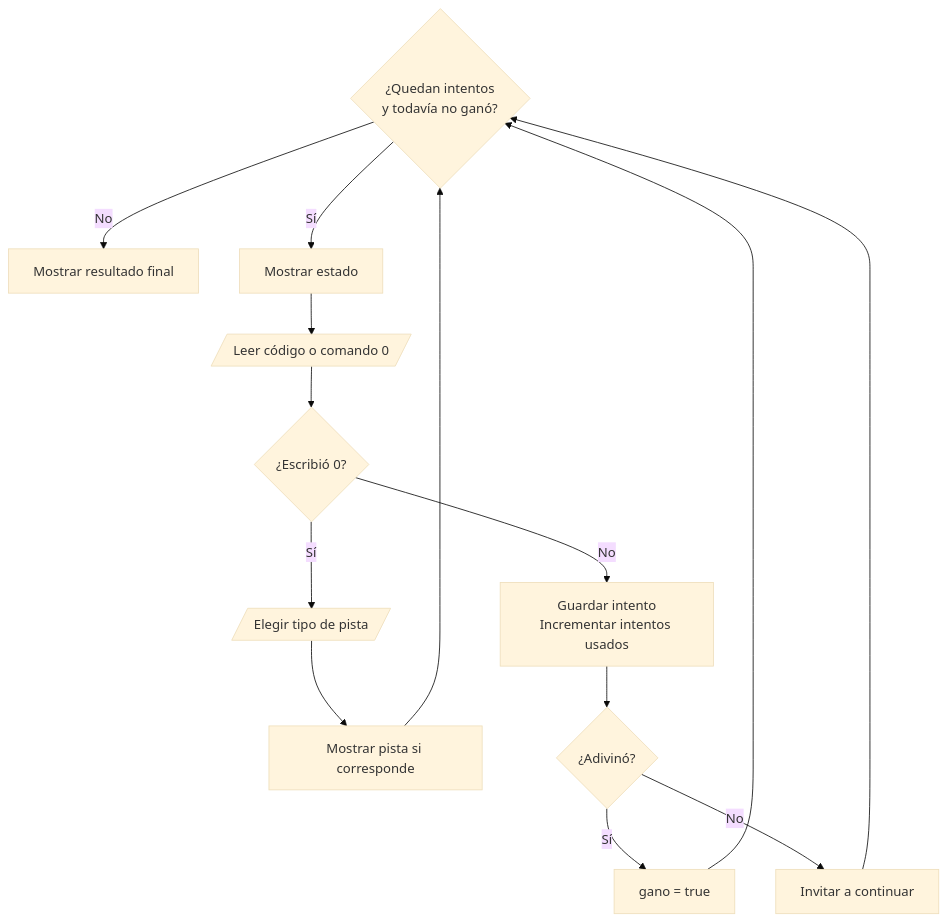
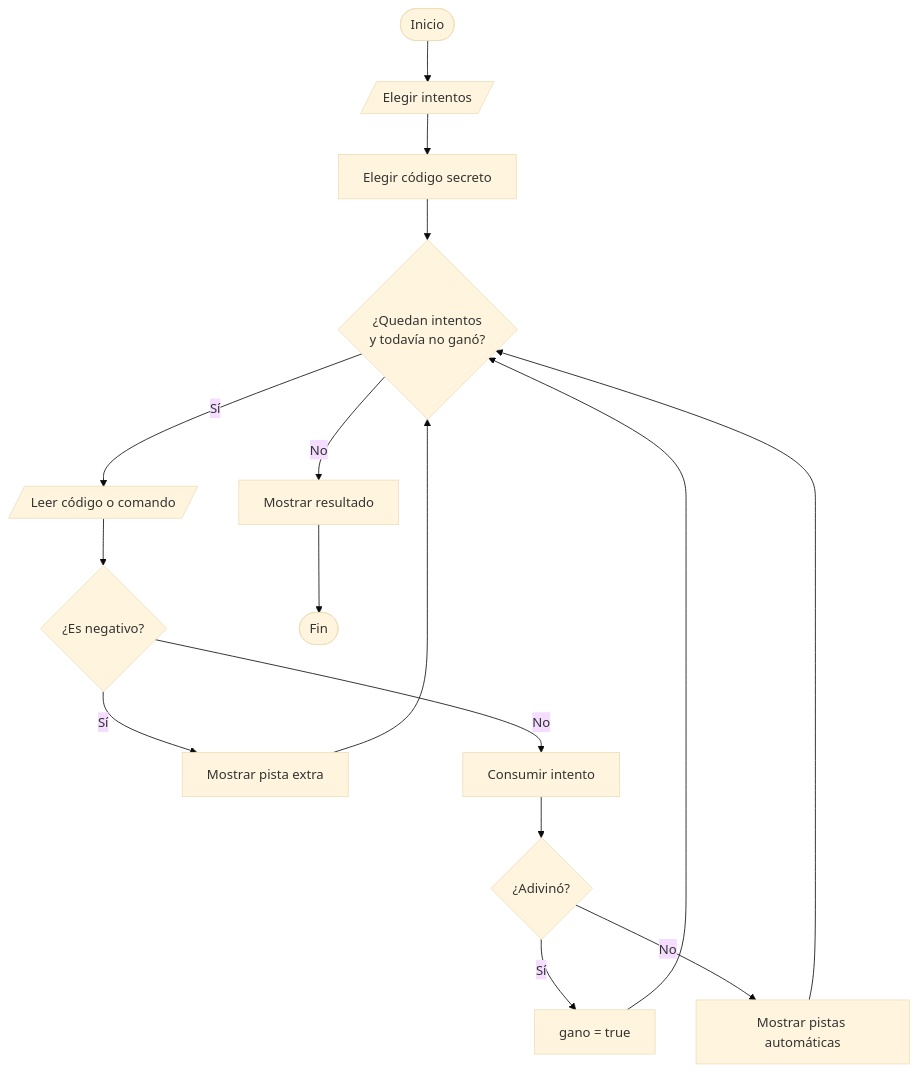
One commit to cesarszv/sis111-finalproject changed the first of 2 diagrams in docs/pitch/06_diagramas_flujo.md. Above: the diagram before and after it, drawn with Mermaid (base theme). The commit also changed other lines of this file and 18 other files, not shown here.

````diff
--- a/docs/pitch/06_diagramas_flujo.md
+++ b/docs/pitch/06_diagramas_flujo.md
@@ -37,16 +5,18 @@
 ```mermaid
 flowchart TD
-    A{¿Quedan intentos<br/>y todavía no ganó?} -- No --> B[Mostrar resultado final]
-    A -- Sí --> C[Mostrar estado]
-    C --> D[/Leer código o comando 0/]
-    D --> E{¿Escribió 0?}
-    E -- Sí --> F[/Elegir tipo de pista/]
-    F --> G[Mostrar pista si corresponde]
-    G --> A
-    E -- No --> H[Guardar intento<br/>Incrementar intentos usados]
+    A([Inicio]) --> B[/Elegir intentos/]
+    B --> C[Elegir código secreto]
+    C --> D{¿Quedan intentos<br/>y todavía no ganó?}
+    D -- No --> K[Mostrar resultado]
+    D -- Sí --> E[/Leer código o comando/]
+    E --> F{¿Es negativo?}
+    F -- Sí --> G[Mostrar pista extra]
+    G --> D
+    F -- No --> H[Consumir intento]
     H --> I{¿Adivinó?}
     I -- Sí --> J[gano = true]
-    I -- No --> K[Invitar a continuar]
-    J --> A
-    K --> A
+    I -- No --> L[Mostrar pistas automáticas]
+    J --> D
+    L --> D
+    K --> M([Fin])
 ```
````
